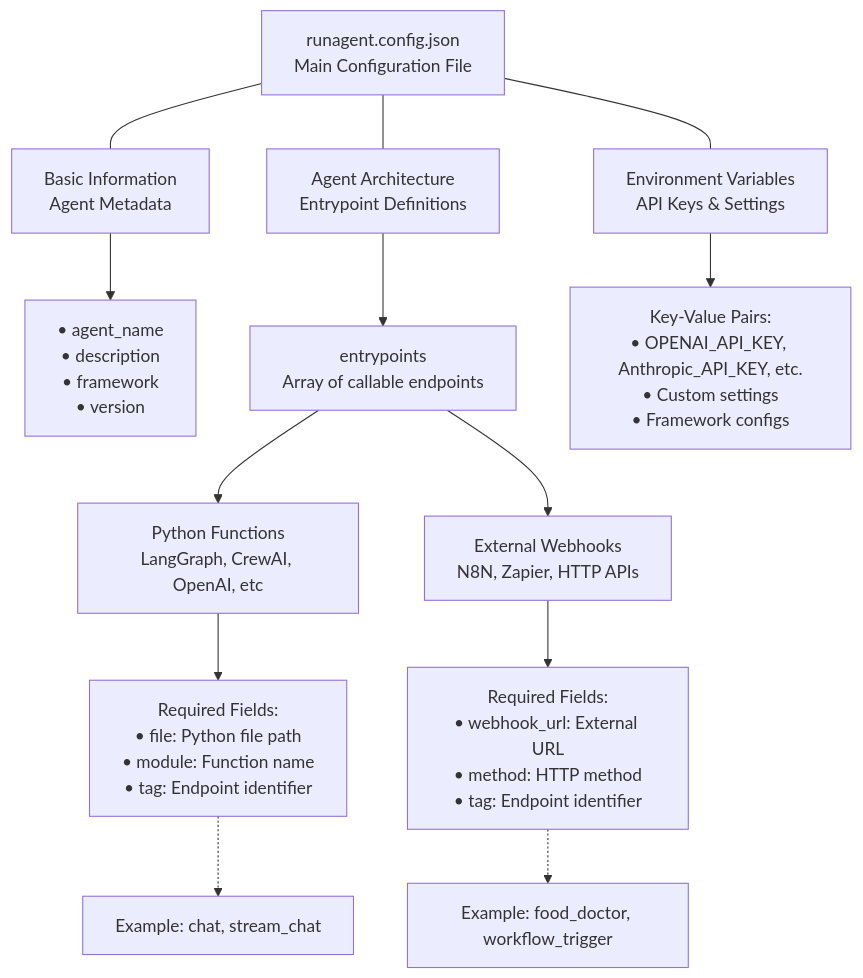
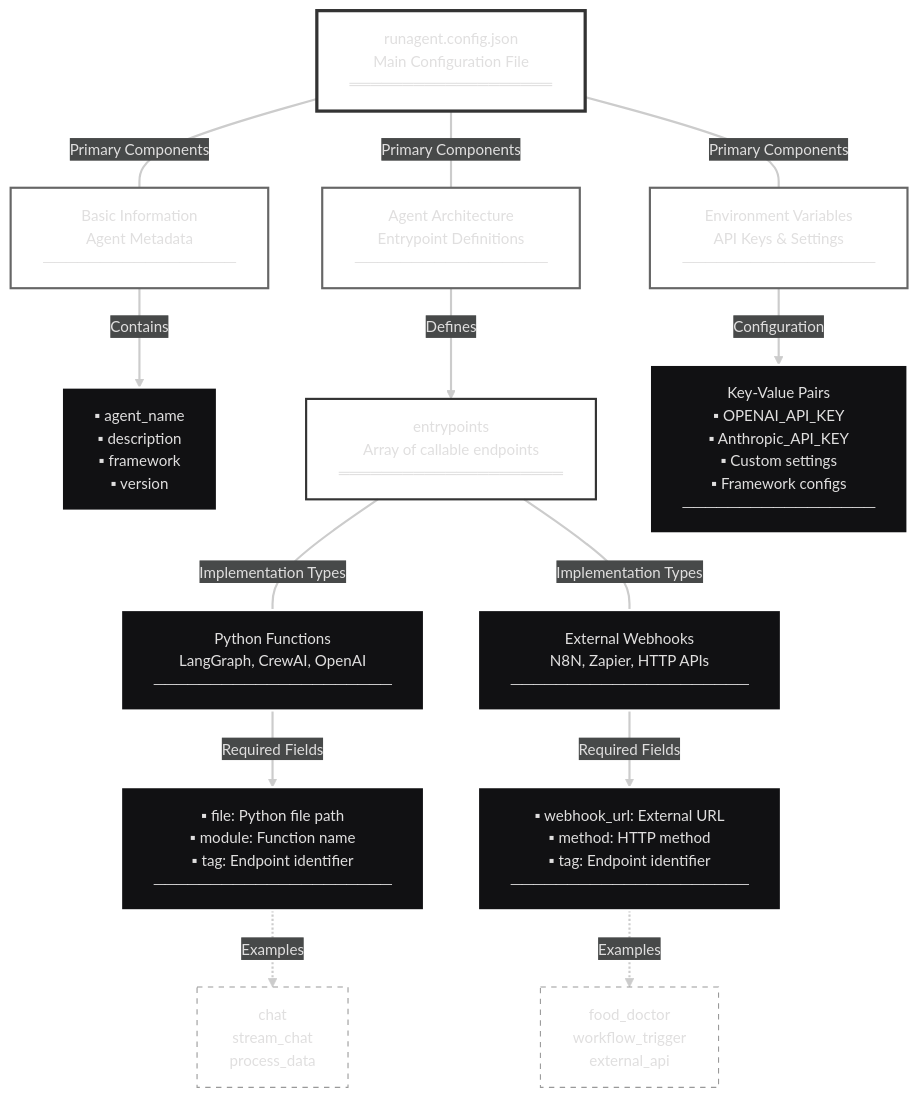
Before and after one commit to runagent-dev/runagent: the diagram in README.md, drawn with Mermaid.

````diff
--- a/README.md
+++ b/README.md
@@ -68,24 +68,28 @@
 ```mermaid
+---
+config:
+  theme: redux-dark
+---
 flowchart TD
-    A["runagent.config.json<br/>Main Configuration File"]
-    
-    A --- B["Basic Information<br/>Agent Metadata"]
-    A --- C["Agent Architecture<br/>Entrypoint Definitions"] 
-    A --- D["Environment Variables<br/>API Keys & Settings"]
-    
-    B --> B1["• agent_name<br/>• description<br/>• framework<br/>• version"]
-    
-    C --> C1["entrypoints<br/>Array of callable endpoints"]
-    
-    C1 --> C2["Python Functions<br/>LangGraph, CrewAI, OpenAI, etc"]
-    C1 --> C3["External Webhooks<br/>N8N, Zapier, HTTP APIs"]
-    
-    C2 --> C2A["Required Fields:<br/>• file: Python file path<br/>• module: Function name<br/>• tag: Endpoint identifier"]
-    
-    C3 --> C3A["Required Fields:<br/>• webhook_url: External URL<br/>• method: HTTP method<br/>• tag: Endpoint identifier"]
-    
-    D --> D1["Key-Value Pairs:<br/>• OPENAI_API_KEY, Anthropic_API_KEY, etc.<br/>• Custom settings<br/>• Framework configs"]
-    
-    C2A -.-> E["Example: chat, stream_chat"]
-    C3A -.-> F["Example: food_doctor, workflow_trigger"]
+    A["runagent.config.json<br/>Main Configuration File<br/>═══════════════════"]
+    A ---|Primary Components| B["Basic Information<br/>Agent Metadata<br/>─────────────────"]
+    A ---|Primary Components| C["Agent Architecture<br/>Entrypoint Definitions<br/>─────────────────"] 
+    A ---|Primary Components| D["Environment Variables<br/>API Keys & Settings<br/>─────────────────"]
+    B -->|Contains| B1["▪ agent_name<br/>▪ description<br/>▪ framework<br/>▪ version"]
+    C -->|Defines| C1["entrypoints<br/>Array of callable endpoints<br/>═════════════════════"]
+    C1 ---|Implementation Types| C2["Python Functions<br/>LangGraph, CrewAI, OpenAI<br/>─────────────────────"]
+    C1 ---|Implementation Types| C3["External Webhooks<br/>N8N, Zapier, HTTP APIs<br/>─────────────────────"]
+    C2 -->|Required Fields| C2A["▪ file: Python file path<br/>▪ module: Function name<br/>▪ tag: Endpoint identifier<br/>─────────────────────"]
+    C3 -->|Required Fields| C3A["▪ webhook_url: External URL<br/>▪ method: HTTP method<br/>▪ tag: Endpoint identifier<br/>─────────────────────"]
+    D -->|Configuration| D1["Key-Value Pairs<br/>▪ OPENAI_API_KEY<br/>▪ Anthropic_API_KEY<br/>▪ Custom settings<br/>▪ Framework configs<br/>─────────────────"]
+    C2A -.->|Examples| E["chat<br/>stream_chat<br/>process_data"]
+    C3A -.->|Examples| F["food_doctor<br/>workflow_trigger<br/>external_api"]
+    style A fill:none,stroke:#333,stroke-width:3px
+    style B fill:none,stroke:#666,stroke-width:2px
+    style C fill:none,stroke:#666,stroke-width:2px
+    style D fill:none,stroke:#666,stroke-width:2px
+    style C1 fill:none,stroke:#333,stroke-width:2px
+    style E fill:none,stroke:#999,stroke-width:1px,stroke-dasharray: 5 5
+    style F fill:none,stroke:#999,stroke-width:1px,stroke-dasharray: 5 5
+
 ```
````
